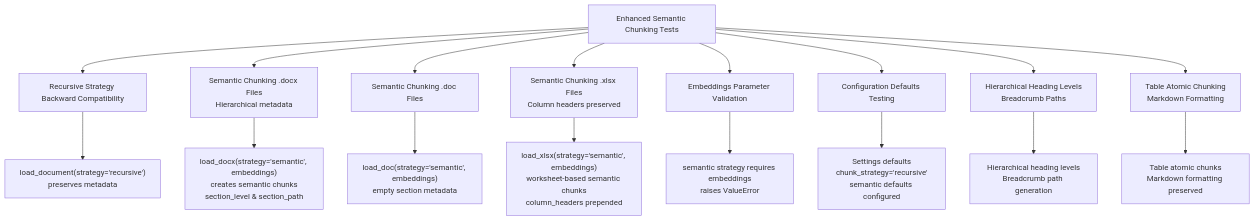
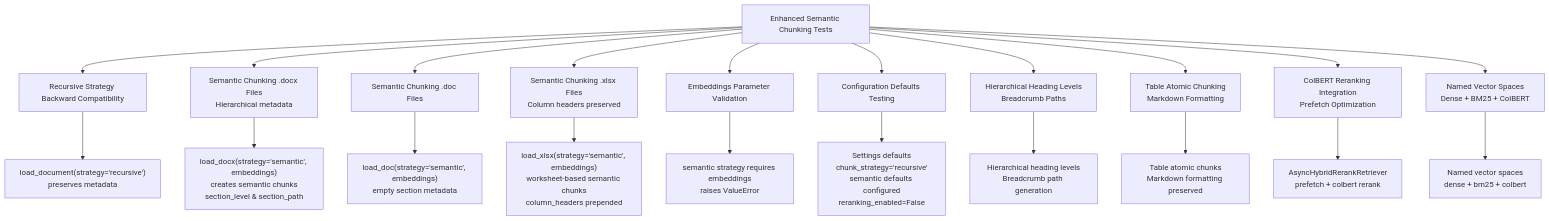
Before and after one commit to ognelis/cafetera_hr_bot: diagram 11 of 15 in .qoder/repowiki/en/content/RAG Integration/RAG Parser Enhancement.md, drawn with Mermaid. The commit also changed other lines of this file and 27 other files, not shown here.

Commit message:
CAFETERA-42 hybrid rerank search

````diff
--- a/.qoder/repowiki/en/content/RAG Integration/RAG Parser Enhancement.md
+++ b/.qoder/repowiki/en/content/RAG Integration/RAG Parser Enhancement.md
@@ -500,19 +574,23 @@
 ```mermaid
 flowchart TD
 TestSuite["Enhanced Semantic Chunking Tests"] --> RecursiveCompat["Recursive Strategy Backward Compatibility"]
 TestSuite --> SemanticDocx["Semantic Chunking .docx Files<br/>Hierarchical metadata"]
 TestSuite --> SemanticDoc["Semantic Chunking .doc Files"]
 TestSuite --> SemanticXlsx["Semantic Chunking .xlsx Files<br/>Column headers preserved"]
 TestSuite --> EmbeddingsValidation["Embeddings Parameter Validation"]
 TestSuite --> ConfigDefaults["Configuration Defaults Testing"]
 TestSuite --> HeadingLevels["Hierarchical Heading Levels<br/>Breadcrumb Paths"]
 TestSuite --> TableChunks["Table Atomic Chunking<br/>Markdown Formatting"]
+TestSuite --> ColBERTRerank["ColBERT Reranking Integration<br/>Prefetch Optimization"]
+TestSuite --> NamedVectors["Named Vector Spaces<br/>Dense + BM25 + ColBERT"]
 RecursiveCompat --> Test1["load_document(strategy='recursive')<br/>preserves metadata"]
 SemanticDocx --> Test2["load_docx(strategy='semantic', embeddings)<br/>creates semantic chunks<br/>section_level & section_path"]
 SemanticDoc --> Test3["load_doc(strategy='semantic', embeddings)<br/>empty section metadata"]
 SemanticXlsx --> Test4["load_xlsx(strategy='semantic', embeddings)<br/>worksheet-based semantic chunks<br/>column_headers prepended"]
 EmbeddingsValidation --> Test5["semantic strategy requires embeddings<br/>raises ValueError"]
-ConfigDefaults --> Test6["Settings defaults<br/>chunk_strategy='recursive'<br/>semantic defaults configured"]
+ConfigDefaults --> Test6["Settings defaults<br/>chunk_strategy='recursive'<br/>semantic defaults configured<br/>reranking_enabled=False"]
 HeadingLevels --> Test7["Hierarchical heading levels<br/>Breadcrumb path generation"]
 TableChunks --> Test8["Table atomic chunks<br/>Markdown formatting preserved"]
+ColBERTRerank --> Test9["AsyncHybridRerankRetriever<br/>prefetch + colbert rerank"]
+NamedVectors --> Test10["Named vector spaces<br/>dense + bm25 + colbert"]
 ```
````
